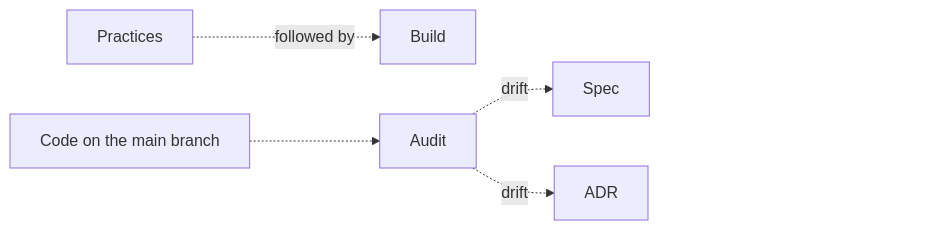
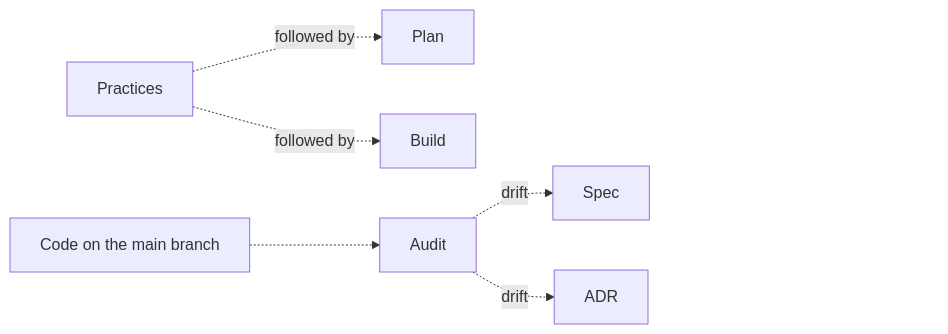
Before and after one commit to michaelmarconi/agentic-engineering: the third of 4 diagrams in docs/lifecycle.md, drawn with Mermaid. The commit also changed other lines of this file and 81 other files, not shown here.

````diff
--- a/docs/lifecycle.md
+++ b/docs/lifecycle.md
@@ -90,9 +90,10 @@
 ```mermaid
 flowchart LR
+    Practices -.->|followed by| Plan
     Practices -.->|followed by| Build
     Code[Code on the main branch] -.-> Audit
     Audit -.->|drift| Spec
     Audit -.->|drift| ADR
     ADR ~~~ Pad["#nbsp;#nbsp;#nbsp;#nbsp;#nbsp;#nbsp;#nbsp;#nbsp;#nbsp;#nbsp;#nbsp;#nbsp;#nbsp;#nbsp;#nbsp;#nbsp;#nbsp;#nbsp;#nbsp;#nbsp;#nbsp;#nbsp;#nbsp;#nbsp;#nbsp;#nbsp;#nbsp;#nbsp;#nbsp;#nbsp;#nbsp;#nbsp;#nbsp;#nbsp;#nbsp;#nbsp;#nbsp;#nbsp;#nbsp;#nbsp;"]
     style Pad fill:none,stroke:none
 ```
````
